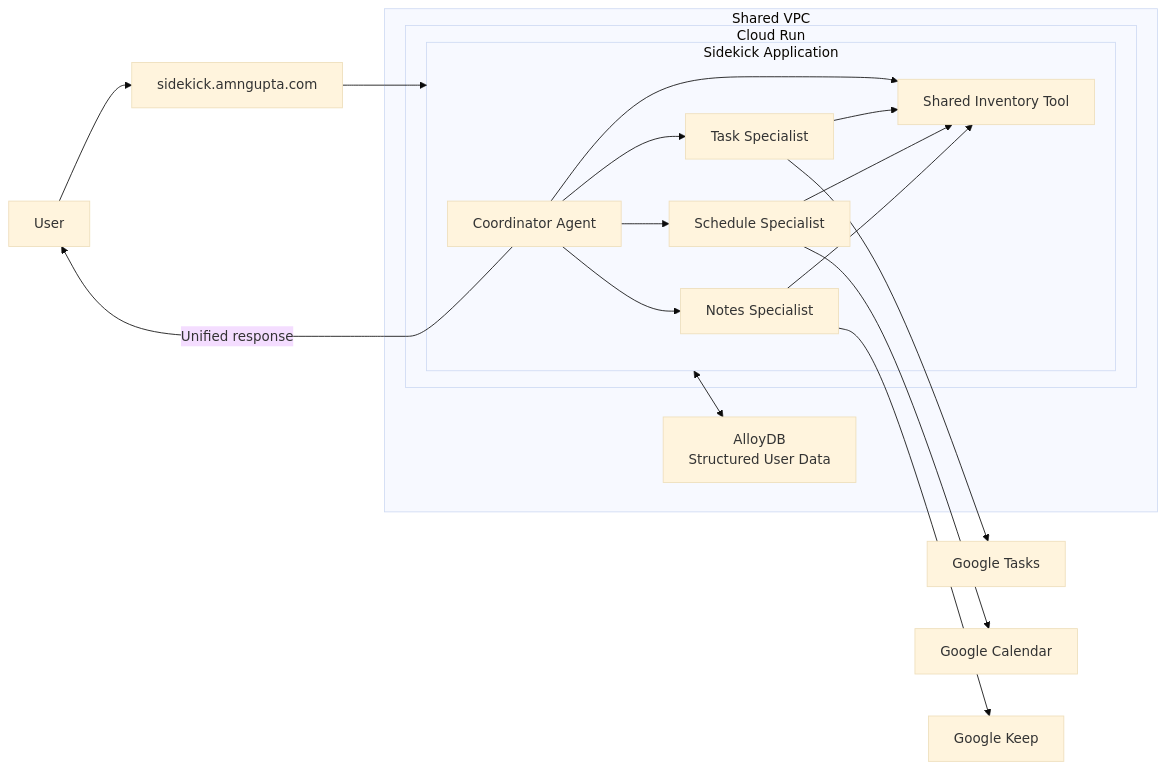
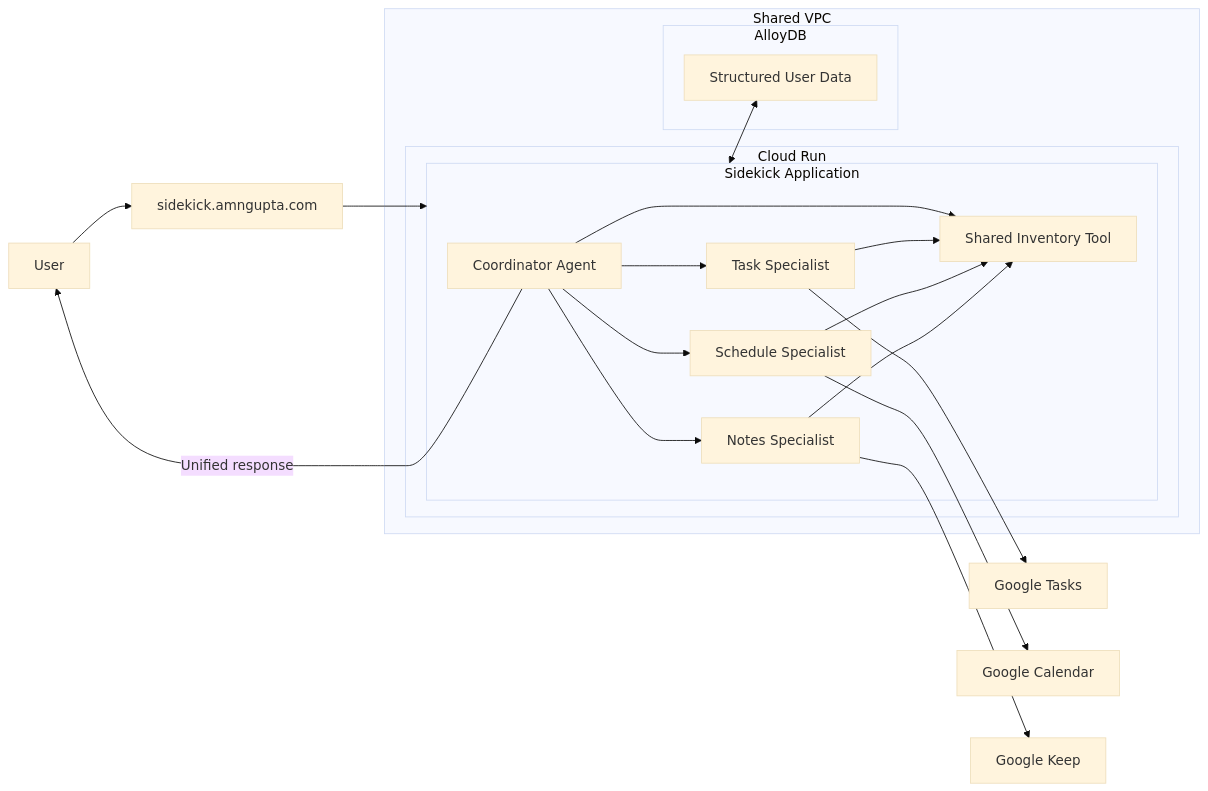
Before and after one commit to bolleyboll/h2s-google-genai-apac-cohort1-final: the fifth of 10 diagrams in README.md, drawn with Mermaid (base theme).

Commit message:
Make Diagram more explicit

````diff
--- a/README.md
+++ b/README.md
@@ -245,35 +245,38 @@
 ```mermaid
 flowchart LR
   U[User] --> D[sidekick.amngupta.com]
 
   subgraph VPC[Shared VPC]
     subgraph CR[Cloud Run]
       subgraph SK[Sidekick Application]
         C[Coordinator Agent]
         A1[Task Specialist]
         A2[Schedule Specialist]
         A3[Notes Specialist]
         INV[Shared Inventory Tool]
       end
     end
 
-    DB[AlloyDB<br/>Structured User Data]
+    subgraph ADB[AlloyDB]
+      DB[Structured User Data]
+    end
+
     SK <--> DB
   end
 
   D --> SK
 
   C --> A1
   C --> A2
   C --> A3
   C --> INV
   A1 --> INV
   A2 --> INV
   A3 --> INV
 
   A1 --> GT[Google Tasks]
   A2 --> GC[Google Calendar]
   A3 --> GK[Google Keep]
 
   C -->|Unified response| U
 ```
````
